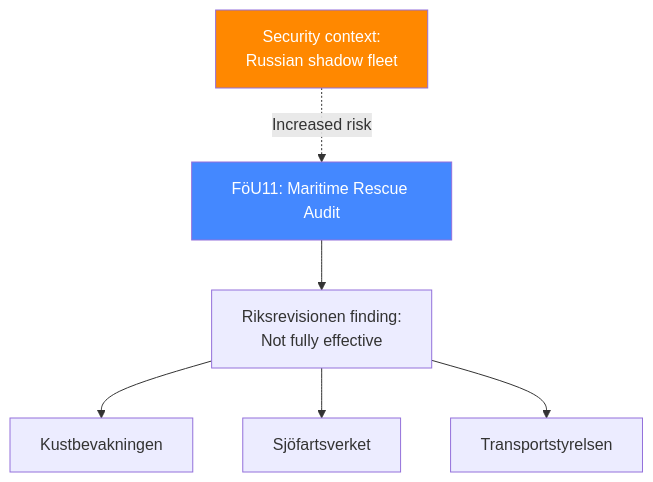
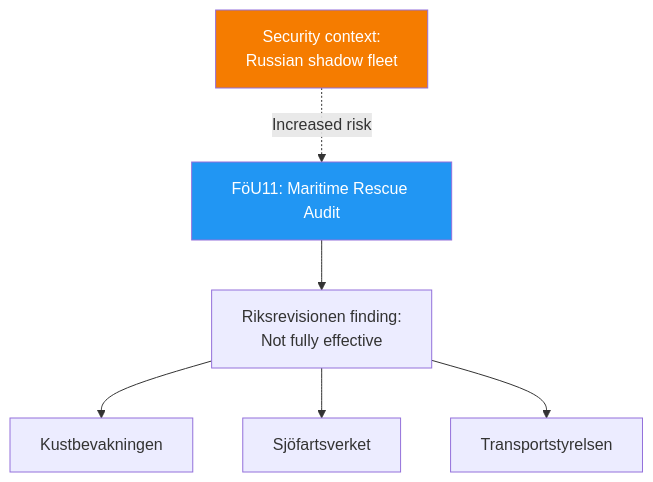
One commit to Hack23/riksdagsmonitor changed the diagram in analysis/daily/2026-04-13/committeeReports/documents/HD01FöU11-analysis.md. Above: the diagram before and after it, drawn with Mermaid. The commit also changed 785 other files, not shown here.

First line of the commit message:
Normalize mermaid colors across 786 analysis artifacts to ISMS Style Guide palette

````diff
--- a/analysis/daily/2026-04-13/committeeReports/documents/HD01FöU11-analysis.md
+++ b/analysis/daily/2026-04-13/committeeReports/documents/HD01FöU11-analysis.md
@@ -16,10 +16,10 @@
 ```mermaid
 graph TD
     A["FöU11: Maritime Rescue Audit"] --> B["Riksrevisionen finding:<br/>Not fully effective"]
     B --> C["Kustbevakningen"]
     B --> D["Sjöfartsverket"]
     B --> E["Transportstyrelsen"]
     F["Security context:<br/>Russian shadow fleet"] -.->|"Increased risk"| A
-    style A fill:#4488ff,color:#fff
-    style F fill:#ff8800,color:#fff
+    style A fill:#2196F3,color:#FFFFFF
+    style F fill:#F57C00,color:#FFFFFF
 ```
````
